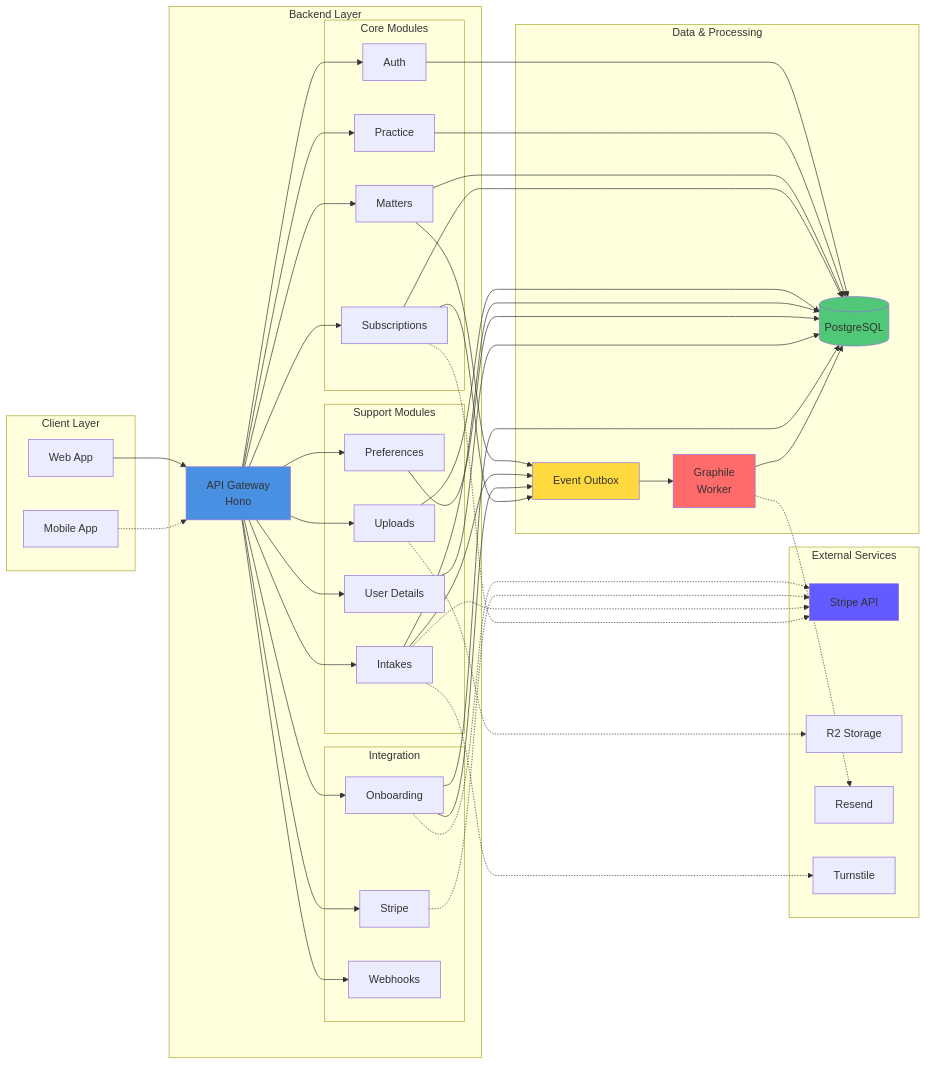
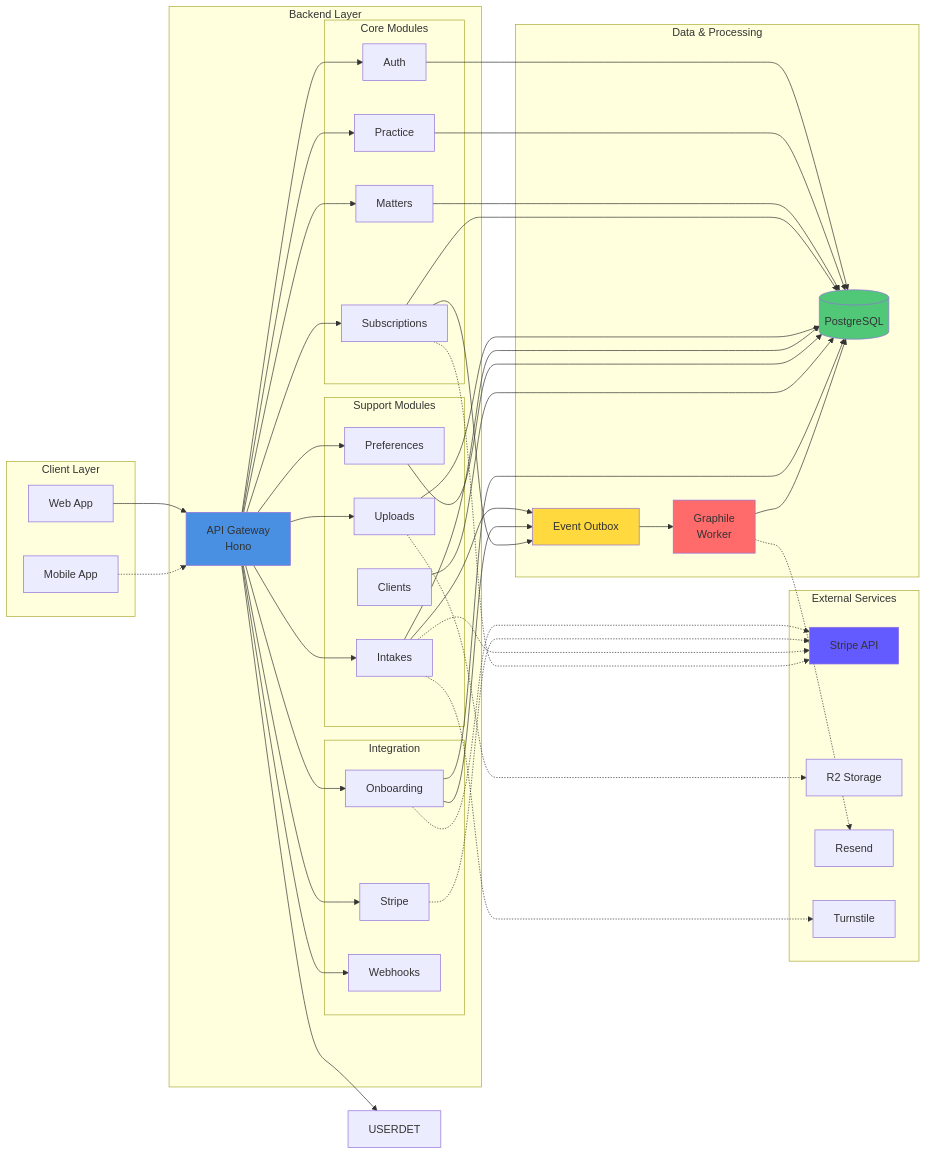
One commit to Blawby/blawby-backend changed the first of 8 diagrams in docs/SYSTEM_ARCHITECTURE.md. Above: the diagram before and after it, drawn with Mermaid. The commit also changed other lines of this file and 80 other files, not shown here.

```diff
--- a/docs/SYSTEM_ARCHITECTURE.md
+++ b/docs/SYSTEM_ARCHITECTURE.md
@@ -51,7 +51,7 @@
             UPLOADS[Uploads]
             INTAKES[Intakes]
             PREFS[Preferences]
-            USERDET[User Details]
+            CLIENTS[Clients]
         end
 
         subgraph INTEGRATION[" Integration "]
@@ -96,10 +96,9 @@
     UPLOADS --> DB
     INTAKES --> DB
     PREFS --> DB
-    USERDET --> DB
+    CLIENTS --> DB
     ONBOARD --> DB
 
-    MATTERS --> EVENTS
     INTAKES --> EVENTS
     ONBOARD --> EVENTS
     SUBS --> EVENTS
```
